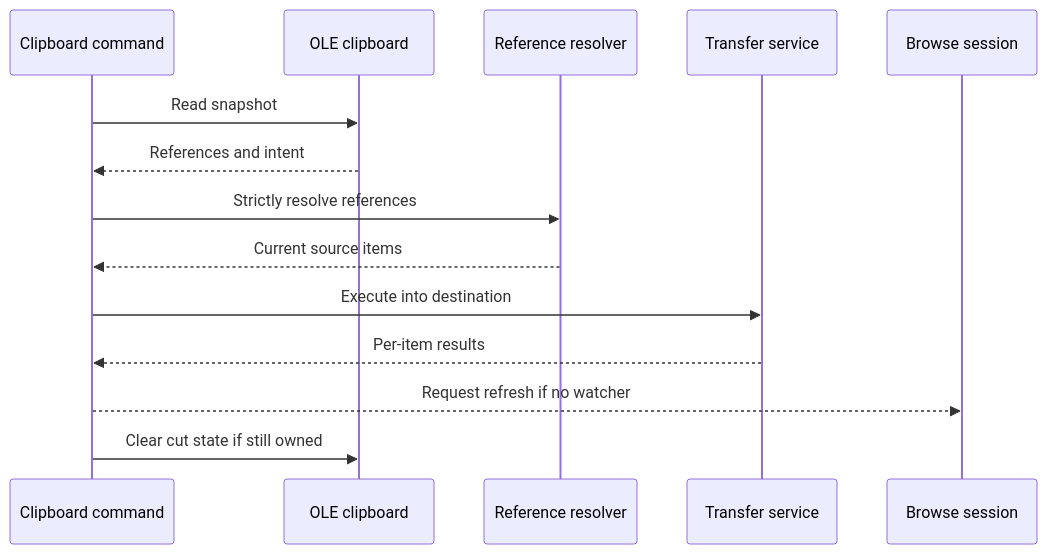
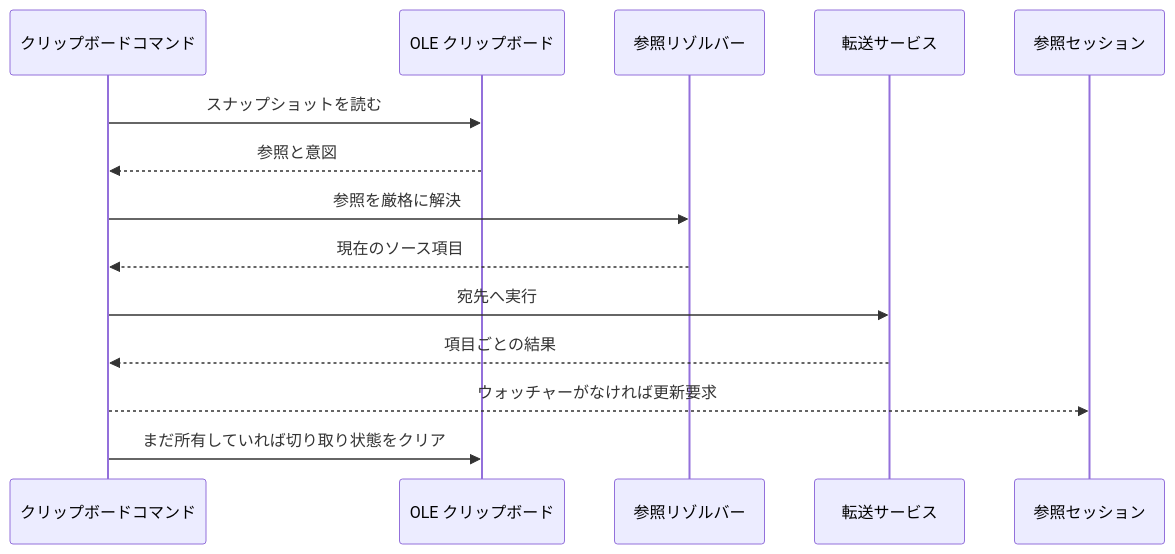
The second of 5 diagrams in docs/architecture/platform-interactions.md (0x5bfa/Files), drawn with Mermaid before and after one commit. The commit also changed other lines of this file and 18 other files, not shown here.

Commit message:
Translate architecture docs to Japanese

````diff
--- a/docs/architecture/platform-interactions.md
+++ b/docs/architecture/platform-interactions.md
@@ -215,17 +191,17 @@
 ```mermaid
 sequenceDiagram
-    participant Command as Clipboard command
-    participant Clipboard as OLE clipboard
-    participant Resolver as Reference resolver
-    participant Transfer as Transfer service
-    participant Session as Browse session
+    participant Command as クリップボードコマンド
+    participant Clipboard as OLE クリップボード
+    participant Resolver as 参照リゾルバー
+    participant Transfer as 転送サービス
+    participant Session as 参照セッション
 
-    Command->>Clipboard: Read snapshot
-    Clipboard-->>Command: References and intent
-    Command->>Resolver: Strictly resolve references
-    Resolver-->>Command: Current source items
-    Command->>Transfer: Execute into destination
-    Transfer-->>Command: Per-item results
-    Command-->>Session: Request refresh if no watcher
-    Command->>Clipboard: Clear cut state if still owned
+    Command->>Clipboard: スナップショットを読む
+    Clipboard-->>Command: 参照と意図
+    Command->>Resolver: 参照を厳格に解決
+    Resolver-->>Command: 現在のソース項目
+    Command->>Transfer: 宛先へ実行
+    Transfer-->>Command: 項目ごとの結果
+    Command-->>Session: ウォッチャーがなければ更新要求
+    Command->>Clipboard: まだ所有していれば切り取り状態をクリア
 ```
````
